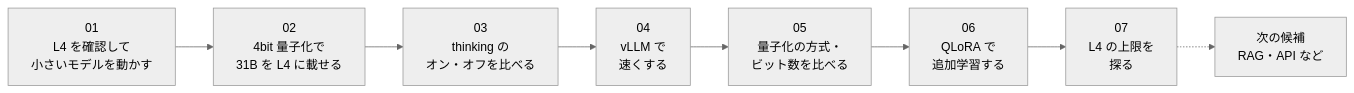
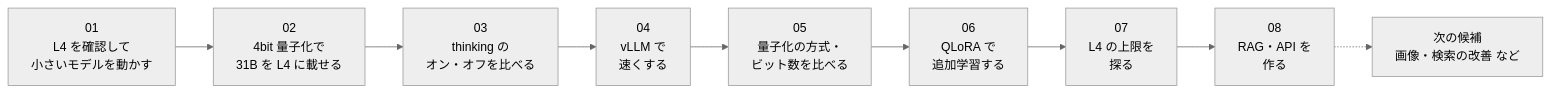
One commit to moruku36/colab-oss-lab changed the diagram in README.md. Above: the diagram before and after it, drawn with Mermaid (neutral theme). The commit also changed other lines of this file and 8 other files, not shown here.

````diff
--- a/README.md
+++ b/README.md
@@ -35,10 +35,11 @@
 ```mermaid
 flowchart LR
     E01["01<br/>L4 を確認して<br/>小さいモデルを動かす"] --> E02["02<br/>4bit 量子化で<br/>31B を L4 に載せる"]
     E02 --> E03["03<br/>thinking の<br/>オン・オフを比べる"]
     E03 --> E04["04<br/>vLLM で<br/>速くする"]
     E04 --> E05["05<br/>量子化の方式・<br/>ビット数を比べる"]
     E05 --> E06["06<br/>QLoRA で<br/>追加学習する"]
     E06 --> E07["07<br/>L4 の上限を<br/>探る"]
-    E07 -.-> NEXT["次の候補<br/>RAG・API など"]
+    E07 --> E08["08<br/>RAG・API を<br/>作る"]
+    E08 -.-> NEXT["次の候補<br/>画像・検索の改善 など"]
 ```
````
